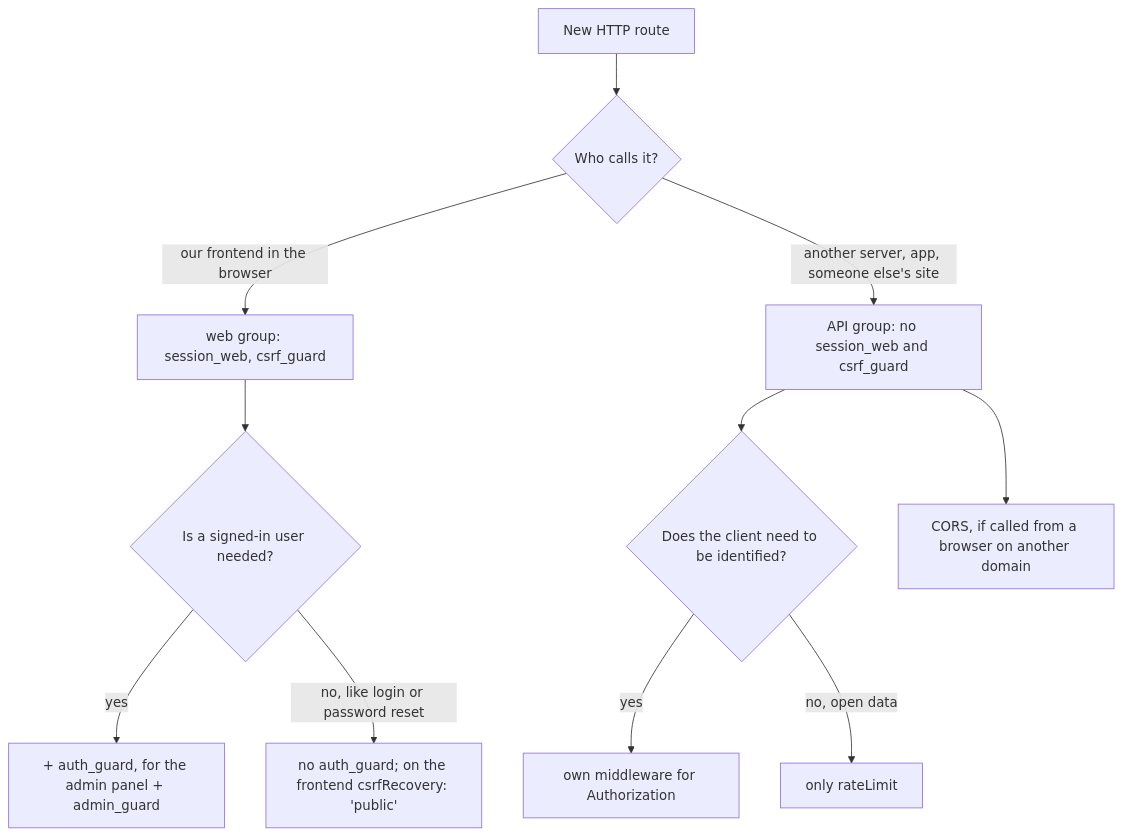
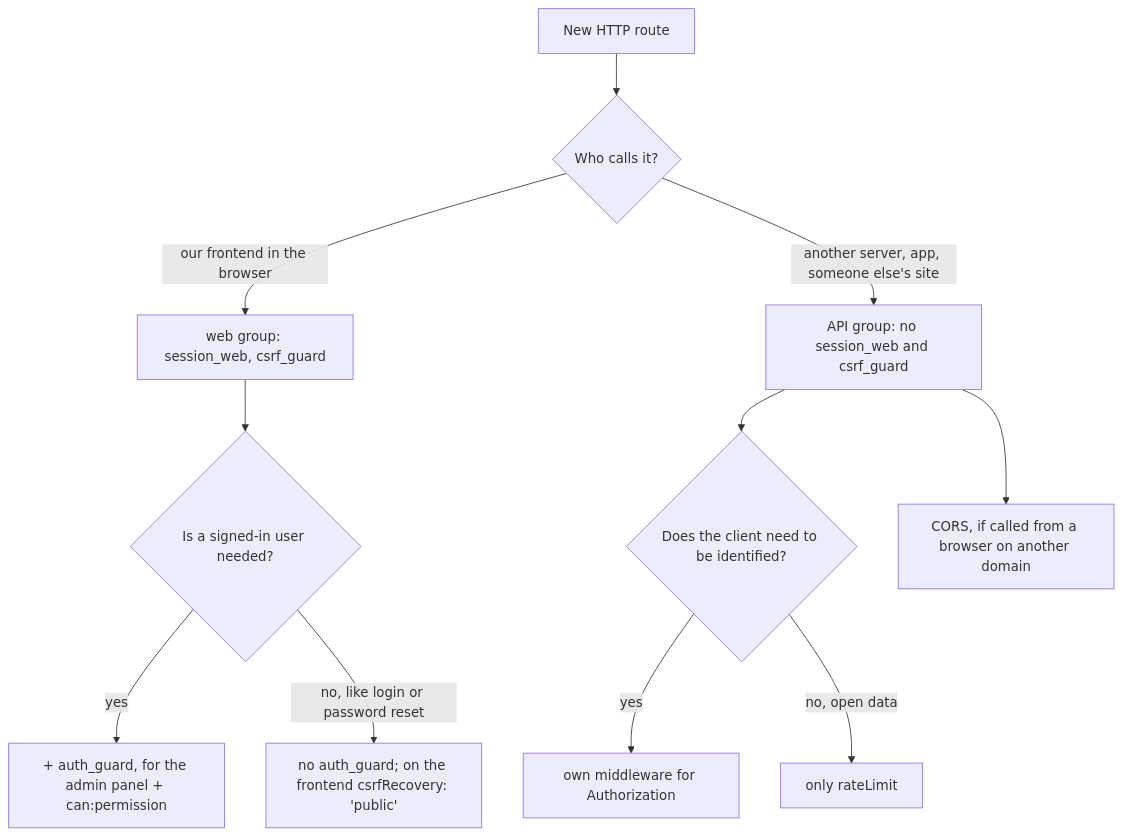
One commit to Blazheiko/vibe-template changed the diagram in documentation/en/backend/web-and-api-routes.md. Above: the diagram before and after it, drawn with Mermaid. The commit also changed other lines of this file and 42 other files, not shown here.

````diff
--- a/documentation/en/backend/web-and-api-routes.md
+++ b/documentation/en/backend/web-and-api-routes.md
@@ -209,13 +209,13 @@
 ```mermaid
 flowchart TD
   A[New HTTP route] --> B{Who calls it?}
   B -->|our frontend in the browser| C[web group: session_web, csrf_guard]
   C --> D{Is a signed-in user needed?}
-  D -->|yes| E[+ auth_guard, for the admin panel + admin_guard]
+  D -->|yes| E[+ auth_guard, for the admin panel + can:permission]
   D -->|no, like login or password reset| F[no auth_guard; on the frontend csrfRecovery: 'public']
   B -->|another server, app, someone else's site| G[API group: no session_web and csrf_guard]
   G --> H{Does the client need to be identified?}
   H -->|yes| I[own middleware for Authorization]
   H -->|no, open data| J[only rateLimit]
   G --> K[CORS, if called from a browser on another domain]
 ```
````
